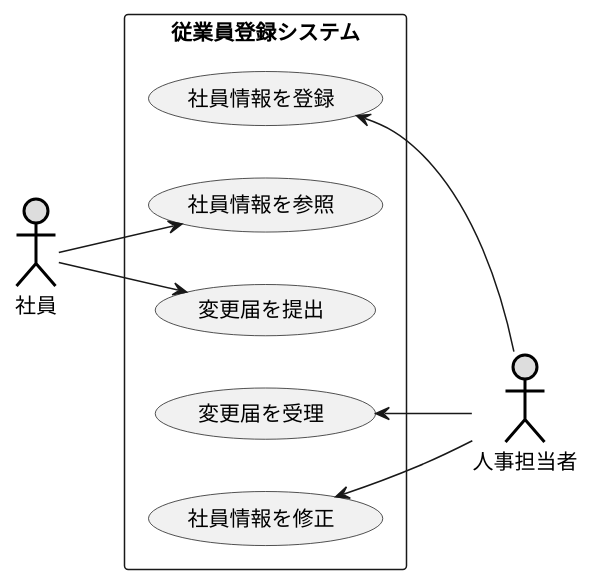
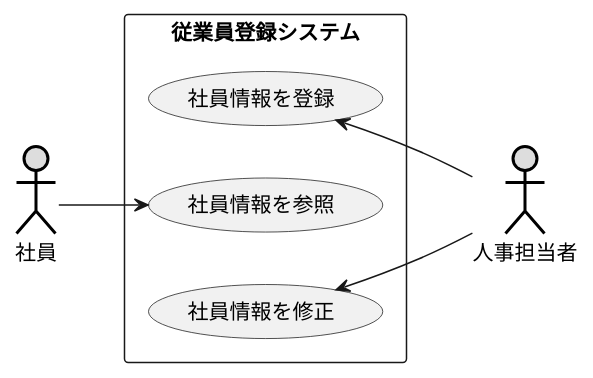
Before and after one commit to hatakeyama12/uml-intro: the diagram in 演習2-6_盛岡システム_従業員登録システム.pu, drawn with PlantUML.

Commit message:
演習２－６を修正

```diff
--- a/演習2-6_盛岡システム_従業員登録システム.pu
+++ b/演習2-6_盛岡システム_従業員登録システム.pu
@@ -1,17 +1,13 @@
 @startuml 演習２－６
 left to right direction
 actor 社員#DDDDDD;line:black;line.bold;
 actor 人事担当者#DDDDDD;line:black;line.bold;
 rectangle 従業員登録システム {
     usecase 社員情報を登録
     usecase 社員情報を参照
-    usecase 変更届を提出
-    usecase 変更届を受理
     usecase 社員情報を修正
 }
 社員情報を登録 <-- 人事担当者
 社員 --> 社員情報を参照
-社員 --> 変更届を提出
-変更届を受理 <-- 人事担当者
 社員情報を修正 <-- 人事担当者
 @enduml
```
